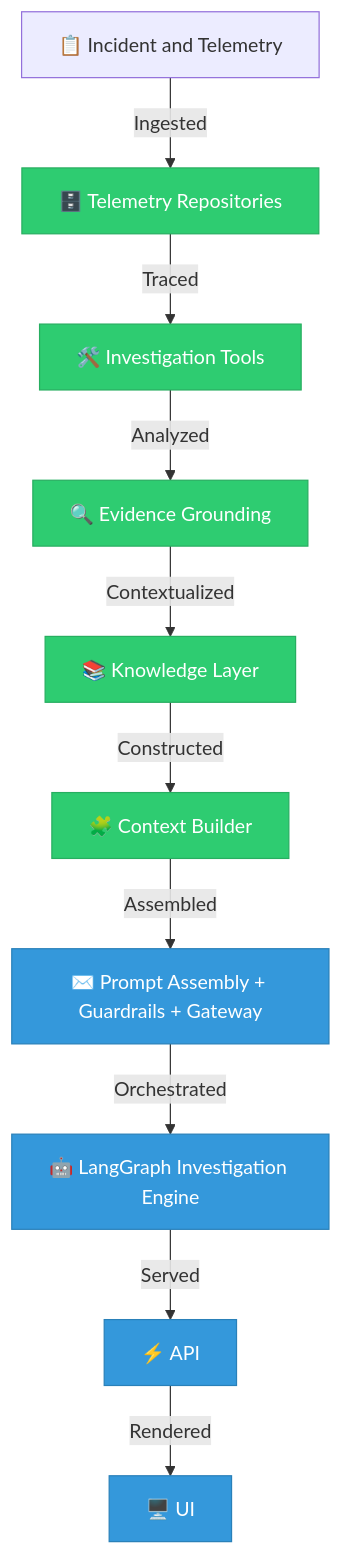
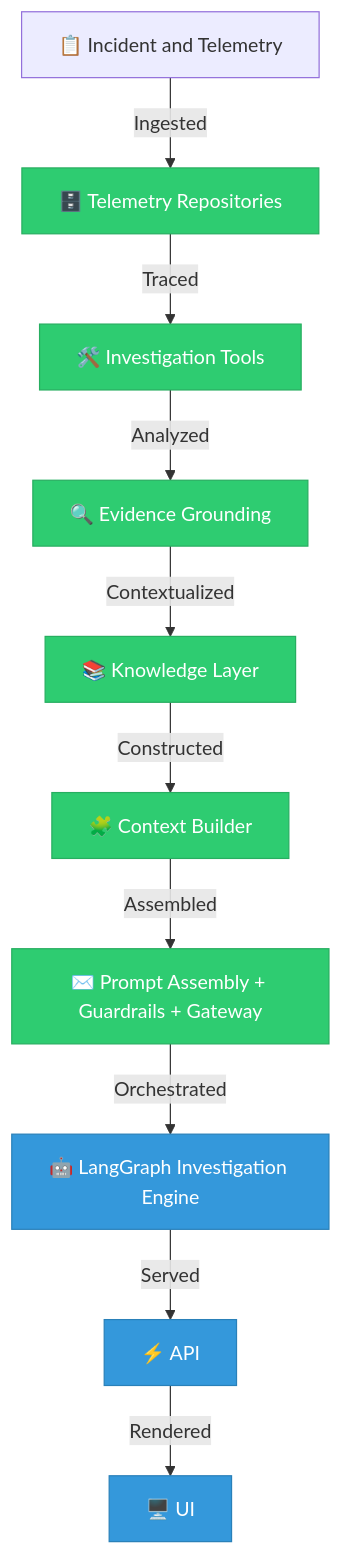
One commit to manish930s/OpsGraph changed the diagram in README.md. Above: the diagram before and after it, drawn with Mermaid. The commit also changed other lines of this file and 2 other files, not shown here.

Commit message:
docs(gateway): add architecture diagram, update roadmaps and migration reports

````diff
--- a/README.md
+++ b/README.md
@@ -22,18 +22,18 @@
 ```mermaid
 graph TD
     Incident[📋 Incident and Telemetry] -->|Ingested| Repos[🗄️ Telemetry Repositories]
     Repos -->|Traced| Tools[🛠️ Investigation Tools]
     Tools -->|Analyzed| Grounding[🔍 Evidence Grounding]
     Grounding -->|Contextualized| Knowledge[📚 Knowledge Layer]
     Knowledge -->|Constructed| ContextBuilder[🧩 Context Builder]
     ContextBuilder -->|Assembled| Prompt[✉️ Prompt Assembly + Guardrails + Gateway]
     Prompt -->|Orchestrated| Engine[🤖 LangGraph Investigation Engine]
     Engine -->|Served| API[⚡ API]
     API -->|Rendered| UI[🖥️ UI]
 
     classDef implemented fill:#2ecc71,stroke:#27ae60,color:#fff;
     classDef planned fill:#3498db,stroke:#2980b9,color:#fff;
     
-    class Repos,Tools,Grounding,Knowledge,ContextBuilder implemented;
-    class Prompt,Engine,API,UI planned;
+    class Repos,Tools,Grounding,Knowledge,ContextBuilder,Prompt implemented;
+    class Engine,API,UI planned;
 ```
````
